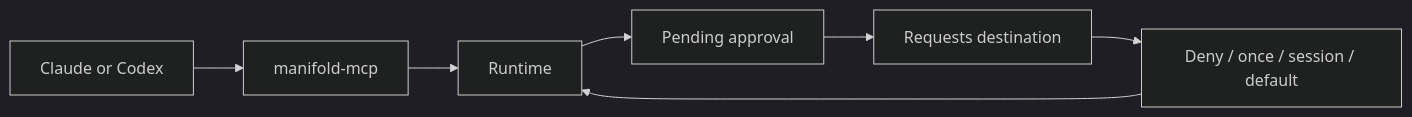
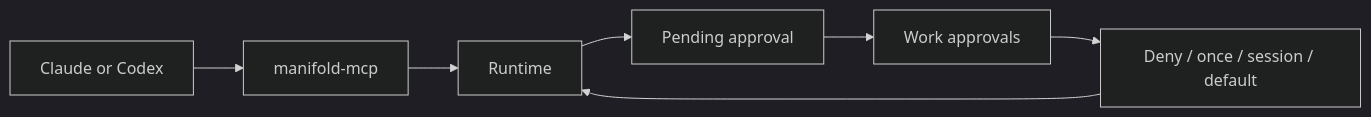
One commit to Spatial-Duality/Manifold changed the fourth of 8 diagrams in docs/architecture.md. Above: the diagram before and after it, drawn with Mermaid (dark theme). The commit also changed other lines of this file and 84 other files, not shown here.

````diff
--- a/docs/architecture.md
+++ b/docs/architecture.md
@@ -124,9 +122,9 @@
 ```mermaid
 flowchart LR
     C["Claude or Codex"] --> M["manifold-mcp"]
     M --> R["Runtime"]
     R --> Q["Pending approval"]
-    Q --> U["Requests destination"]
+    Q --> U["Work approvals"]
     U --> A["Deny / once / session / default"]
     A --> R
 ```
````
